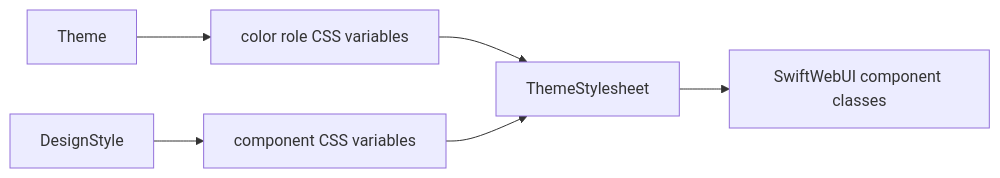
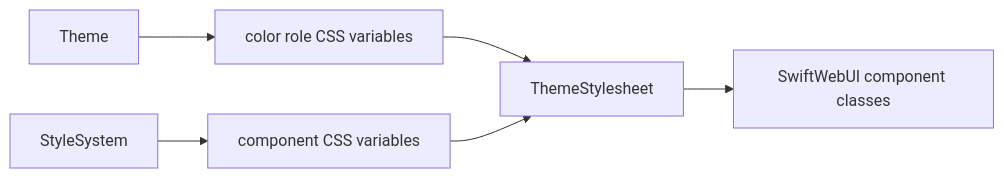
The fifth of 5 diagrams in docs/SwiftWebUICoreDesign.md (1amageek/swift-web), drawn with Mermaid before and after one commit. The commit also changed other lines of this file and 60 other files, not shown here.

````diff
--- a/docs/SwiftWebUICoreDesign.md
+++ b/docs/SwiftWebUICoreDesign.md
@@ -250,8 +250,8 @@
 ```mermaid
 flowchart LR
     A["Theme"] --> B["color role CSS variables"]
-    C["DesignStyle"] --> D["component CSS variables"]
+    C["StyleSystem"] --> D["component CSS variables"]
     B --> E["ThemeStylesheet"]
     D --> E
     E --> F["SwiftWebUI component classes"]
 ```
````
